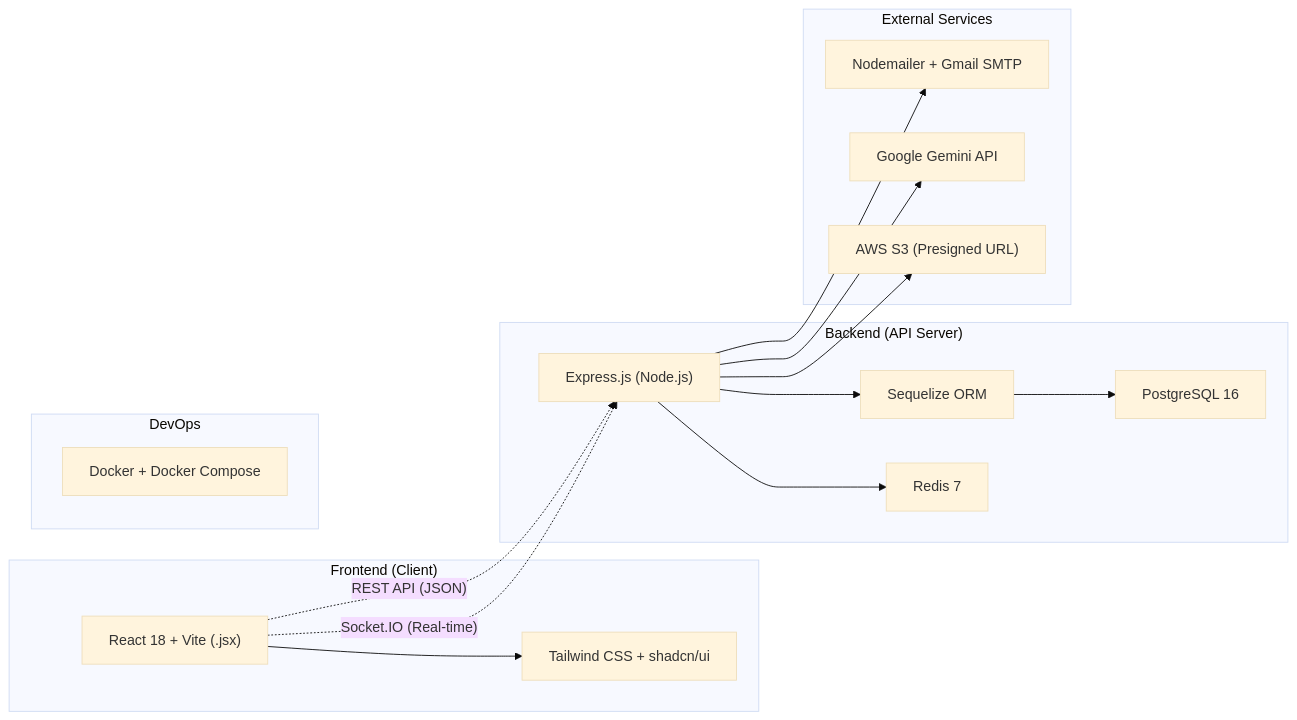
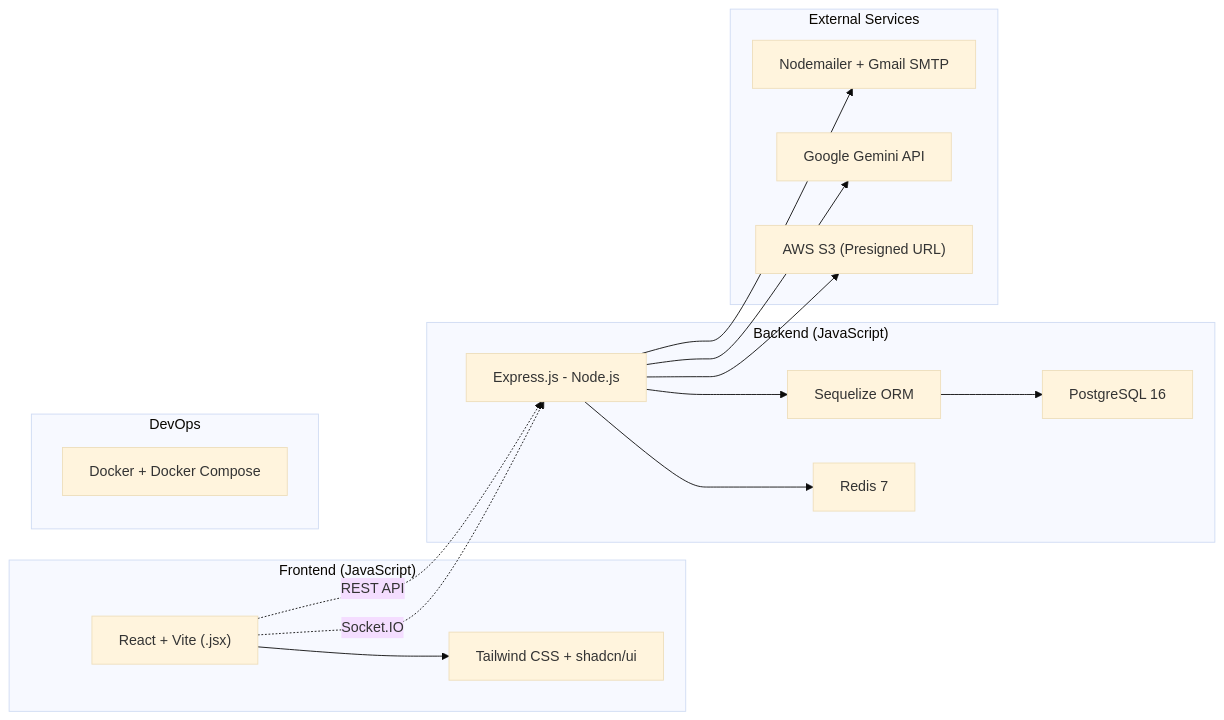
The diagram in docs/architecture/tech-stack.md (dunghvd79/eduverse), drawn with Mermaid (base theme) before and after one commit. The commit also changed other lines of this file and 11 other files, not shown here.

Commit message:
docs: synchronize sequence diagrams and API conventions to Express.js and Sequelize

````diff
--- a/docs/architecture/tech-stack.md
+++ b/docs/architecture/tech-stack.md
@@ -11,24 +11,24 @@
 ```mermaid
 flowchart LR
-    subgraph FE ["Frontend (Client)"]
-        A["React 18 + Vite (.jsx)"] --> B["Tailwind CSS + shadcn/ui"]
+    subgraph Frontend["Frontend (JavaScript)"]
+        A["React + Vite (.jsx)"] --> B["Tailwind CSS + shadcn/ui"]
     end
-    subgraph BE ["Backend (API Server)"]
-        C["Express.js (Node.js)"] --> D["Sequelize ORM"]
+    subgraph Backend["Backend (JavaScript)"]
+        C["Express.js - Node.js"] --> D["Sequelize ORM"]
         D --> E["PostgreSQL 16"]
         C --> R["Redis 7"]
     end
-    subgraph EXT ["External Services"]
+    subgraph Services["External Services"]
         F["Nodemailer + Gmail SMTP"]
         G["Google Gemini API"]
         H["AWS S3 (Presigned URL)"]
     end
-    subgraph OPS ["DevOps"]
+    subgraph DevOps["DevOps"]
         I["Docker + Docker Compose"]
     end
-    A -.->|"REST API (JSON)"| C
-    A -.->|"Socket.IO (Real-time)"| C
+    A -.->|REST API| C
+    A -.->|Socket.IO| C
     C --> F
     C --> G
     C --> H
 ```
````
